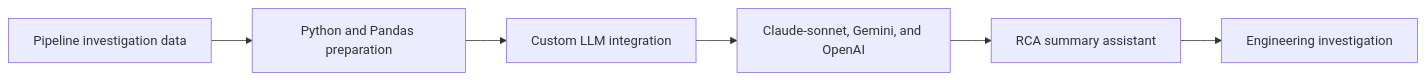
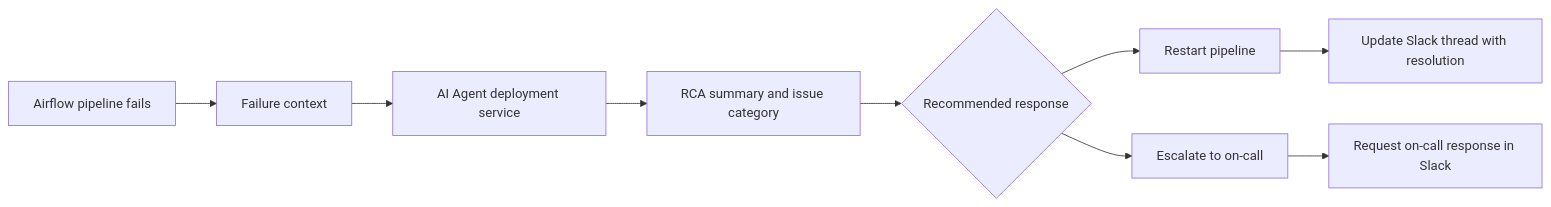
Before and after one commit to iqyoe/ikyu-portofolio: the diagram in content/iqbal-lukman/projects/grab-pipeline-assistant-ai.mdx, drawn with Mermaid. The commit also changed other lines of this file and 29 other files, not shown here.

````diff
--- a/content/iqbal-lukman/projects/grab-pipeline-assistant-ai.mdx
+++ b/content/iqbal-lukman/projects/grab-pipeline-assistant-ai.mdx
@@ -30,8 +30,11 @@
 ```mermaid
 graph LR
-    A[Pipeline investigation data] --> B[Python and Pandas preparation]
-    B --> C[Custom LLM integration]
-    C --> D[Claude-sonnet, Gemini, and OpenAI]
-    D --> E[RCA summary assistant]
-    E --> F[Engineering investigation]
+    A[Airflow pipeline fails] --> B[Failure context]
+    B --> C[AI Agent deployment service]
+    C --> D[RCA summary and issue category]
+    D --> E{Recommended response}
+    E --> F[Restart pipeline]
+    E --> G[Escalate to on-call]
+    F --> H[Update Slack thread with resolution]
+    G --> I[Request on-call response in Slack]
 ```
````
